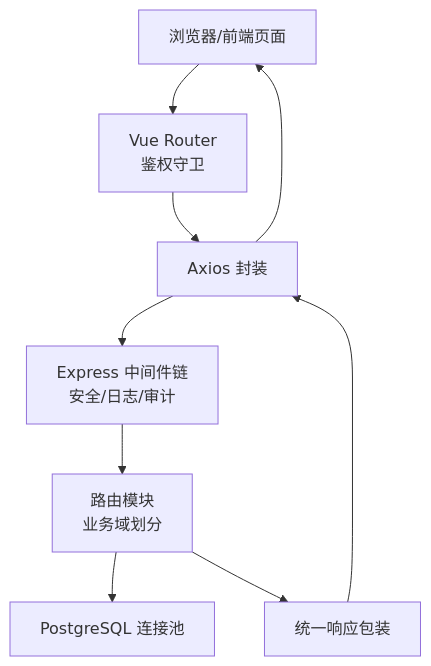
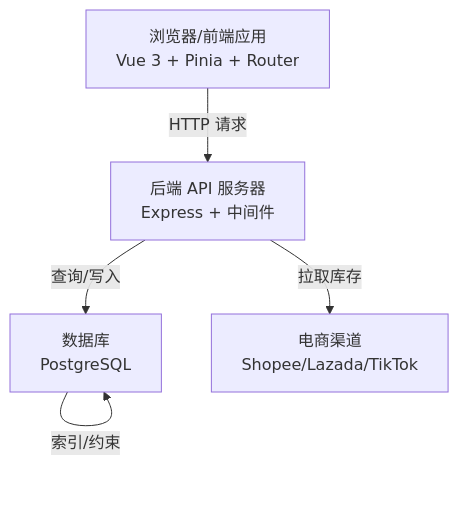
The second of 8 diagrams in .qoder/repowiki/zh/content/项目概述.md (Juny09/inventory_system), drawn with Mermaid before and after one commit. The commit also changed other lines of this file and 171 other files, not shown here.

````diff
--- a/.qoder/repowiki/zh/content/项目概述.md
+++ b/.qoder/repowiki/zh/content/项目概述.md
@@ -100,11 +129,11 @@
 ```mermaid
 graph TB
-UI["浏览器/前端页面"] --> ROUTER["Vue Router<br/>鉴权守卫"]
-ROUTER --> API["Axios 封装"]
-API --> MWS["Express 中间件链<br/>安全/日志/审计"]
-MWS --> ROUTES["路由模块<br/>业务域划分"]
-ROUTES --> DB["PostgreSQL 连接池"]
-ROUTES --> RESP["统一响应包装"]
-RESP --> API
-API --> UI
+FE["浏览器/前端应用<br/>Vue 3 + Pinia + Router"]
+API["后端 API 服务器<br/>Express + 中间件"]
+DB["数据库<br/>PostgreSQL"]
+MP["电商渠道<br/>Shopee/Lazada/TikTok"]
+FE --> |HTTP 请求| API
+API --> |查询/写入| DB
+API --> |拉取库存| MP
+DB --> |索引/约束| DB
 ```
````
